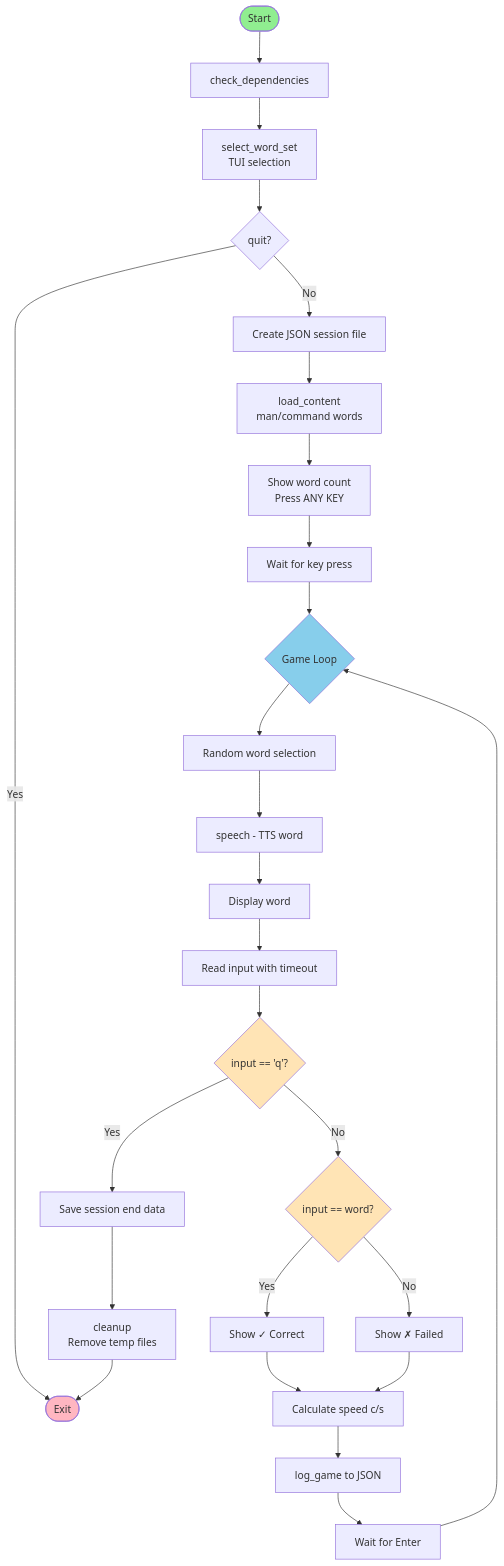
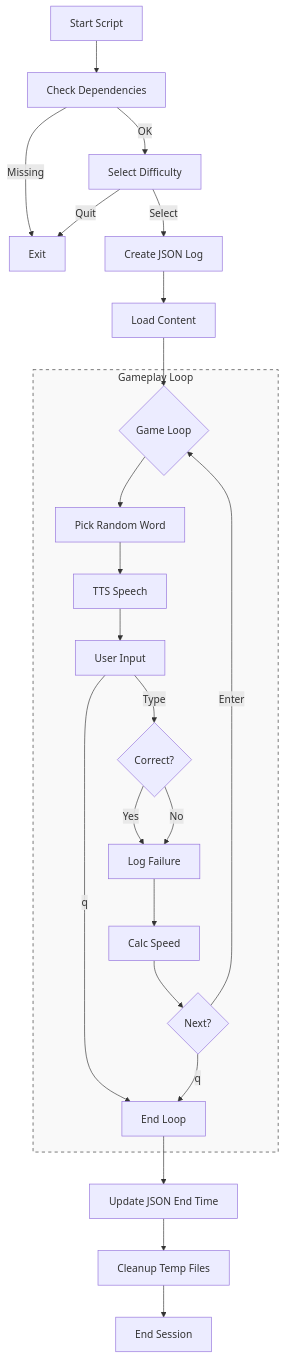
Before and after one commit to tomato-tom/flash-card: the first of 5 diagrams in docs/typing.md, drawn with Mermaid. The commit also changed other lines of this file, not shown here.

````diff
--- a/docs/typing.md
+++ b/docs/typing.md
@@ -8,40 +18,30 @@
 ```mermaid
 flowchart TD
-    Start([Start]) --> CheckDeps[check_dependencies]
-    CheckDeps --> SelectSet[select_word_set<br/>TUI selection]
-    SelectSet --> QuitCheck{quit?}
-    QuitCheck -->|Yes| End([Exit])
-    QuitCheck -->|No| CreateSession[Create JSON session file]
+    Start[Start Script] --> Deps[Check Dependencies]
+    Deps -->|Missing| Exit[Exit]
+    Deps -->|OK| Menu[Select Difficulty]
+    Menu -->|Quit| Exit
+    Menu -->|Select| Init[Create JSON Log]
+    Init --> Load[Load Content]
+    Load --> Loop{Game Loop}
     
-    CreateSession --> LoadContent[load_content<br/>man/command words]
-    LoadContent --> ShowReady[Show word count<br/>Press ANY KEY]
-    ShowReady --> WaitStart[Wait for key press]
-    WaitStart --> GameLoop{Game Loop}
-    
-    GameLoop --> SelectWord[Random word selection]
-    SelectWord --> Speech[speech - TTS word]
-    Speech --> DisplayWord[Display word]
-    DisplayWord --> WaitInput[Read input with timeout]
-    
-    WaitInput --> CheckQuit{input == 'q'?}
-    CheckQuit -->|Yes| SaveSession[Save session end data]
-    CheckQuit -->|No| CheckCorrect{input == word?}
-    
-    CheckCorrect -->|Yes| ShowCorrect[Show ✓ Correct]
-    CheckCorrect -->|No| ShowFailed[Show ✗ Failed]
-    
-    ShowCorrect --> CalcSpeed[Calculate speed c/s]
-    ShowFailed --> CalcSpeed
-    CalcSpeed --> LogGame[log_game to JSON]
-    LogGame --> WaitNext[Wait for Enter]
-    WaitNext --> GameLoop
-    
-    SaveSession --> Cleanup[cleanup<br/>Remove temp files]
-    Cleanup --> End
-    
-    style Start fill:#90EE90
-    style End fill:#FFB6C1
-    style GameLoop fill:#87CEEB
-    style CheckQuit fill:#FFE4B5
-    style CheckCorrect fill:#FFE4B5
+    subgraph Gameplay ["Gameplay Loop"]
+        Loop --> Pick[Pick Random Word]
+        Pick --> Speech[TTS Speech]
+        Speech --> Input[User Input]
+        Input -->|q| EndLoop[End Loop]
+        Input -->|Type| Check{Correct?}
+        Check -->|Yes| Result[Log Success]
+        Check -->|No| Result[Log Failure]
+        Result --> Speed[Calc Speed]
+        Speed --> Next{Next?}
+        Next -->|Enter| Loop
+        Next -->|q| EndLoop
+    end
+
+    EndLoop --> Save[Update JSON End Time]
+    Save --> Clean[Cleanup Temp Files]
+    Clean --> Done[End Session]
+
+    style Gameplay fill:#f9f9f9,stroke:#333,stroke-dasharray: 5 5
 ```
````
